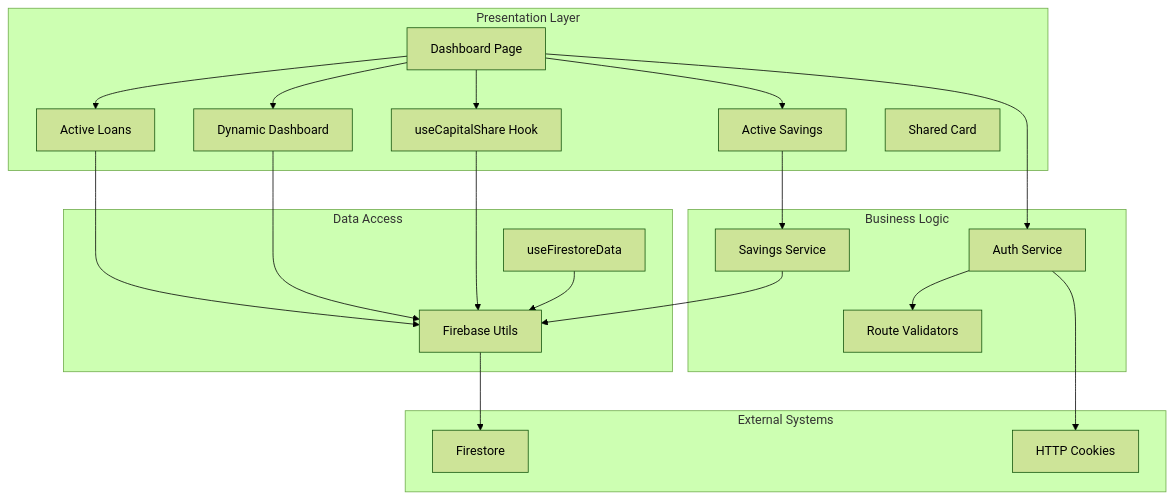
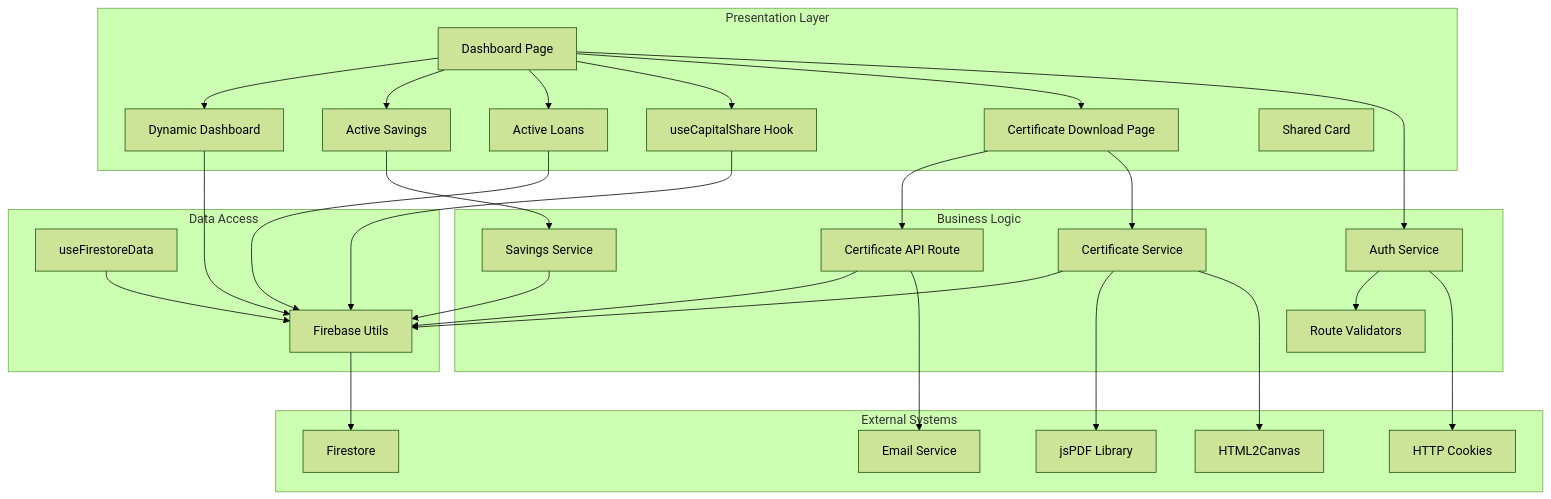
Diagram 11 of 11 in .qoder/repowiki/en/content/Dashboard System Architecture/Member Dashboard Interface/Member Dashboard Interface.md (Unsure-bry/sampacoop_system), drawn with Mermaid (forest theme) before and after one commit. The commit also changed other lines of this file and 11 other files, not shown here.

````diff
--- a/.qoder/repowiki/en/content/Dashboard System Architecture/Member Dashboard Interface/Member Dashboard Interface.md
+++ b/.qoder/repowiki/en/content/Dashboard System Architecture/Member Dashboard Interface/Member Dashboard Interface.md
@@ -423,38 +588,52 @@
 ```mermaid
 graph TB
 subgraph "Presentation Layer"
 DashboardPage["Dashboard Page"]
 DynamicWrapper["Dynamic Dashboard"]
 ActiveLoans["Active Loans"]
 ActiveSavings["Active Savings"]
 CapitalShareHook["useCapitalShare Hook"]
+CertificatePage["Certificate Download Page"]
 Card["Shared Card"]
 end
 subgraph "Business Logic"
 Auth["Auth Service"]
 SavingsSvc["Savings Service"]
+CertificateService["Certificate Service"]
 Validators["Route Validators"]
+CertificateAPI["Certificate API Route"]
 end
 subgraph "Data Access"
 HookFS["useFirestoreData"]
 Firebase["Firebase Utils"]
 end
 subgraph "External Systems"
 Firestore["Firestore"]
 Cookies["HTTP Cookies"]
+jsPDF["jsPDF Library"]
+HTML2Canvas["HTML2Canvas"]
+EmailService["Email Service"]
 end
 DashboardPage --> DynamicWrapper
 DashboardPage --> ActiveSavings
 DashboardPage --> ActiveLoans
 DashboardPage --> CapitalShareHook
+DashboardPage --> CertificatePage
 ActiveSavings --> SavingsSvc
 ActiveLoans --> Firebase
 DynamicWrapper --> Firebase
 CapitalShareHook --> Firebase
+CertificatePage --> CertificateAPI
+CertificatePage --> CertificateService
+CertificateService --> Firebase
+CertificateService --> jsPDF
+CertificateService --> HTML2Canvas
+CertificateAPI --> Firebase
+CertificateAPI --> EmailService
 DashboardPage --> Auth
 Auth --> Validators
 Auth --> Cookies
 SavingsSvc --> Firebase
 HookFS --> Firebase
 Firebase --> Firestore
 ```
````
